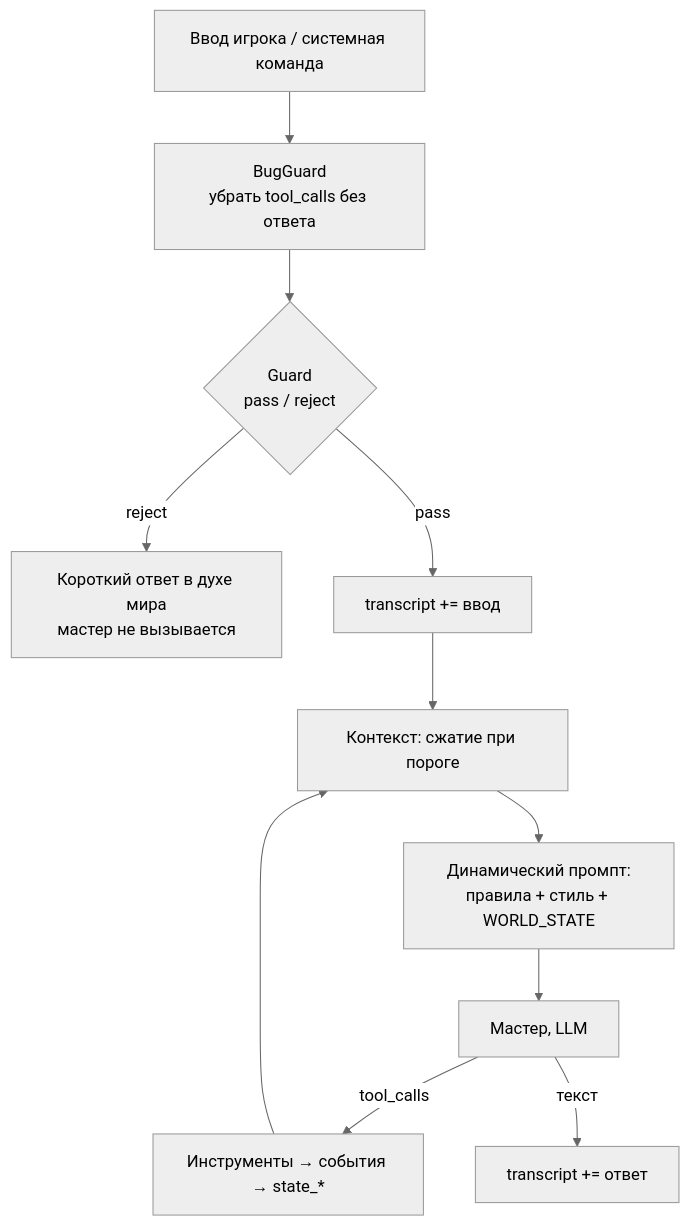
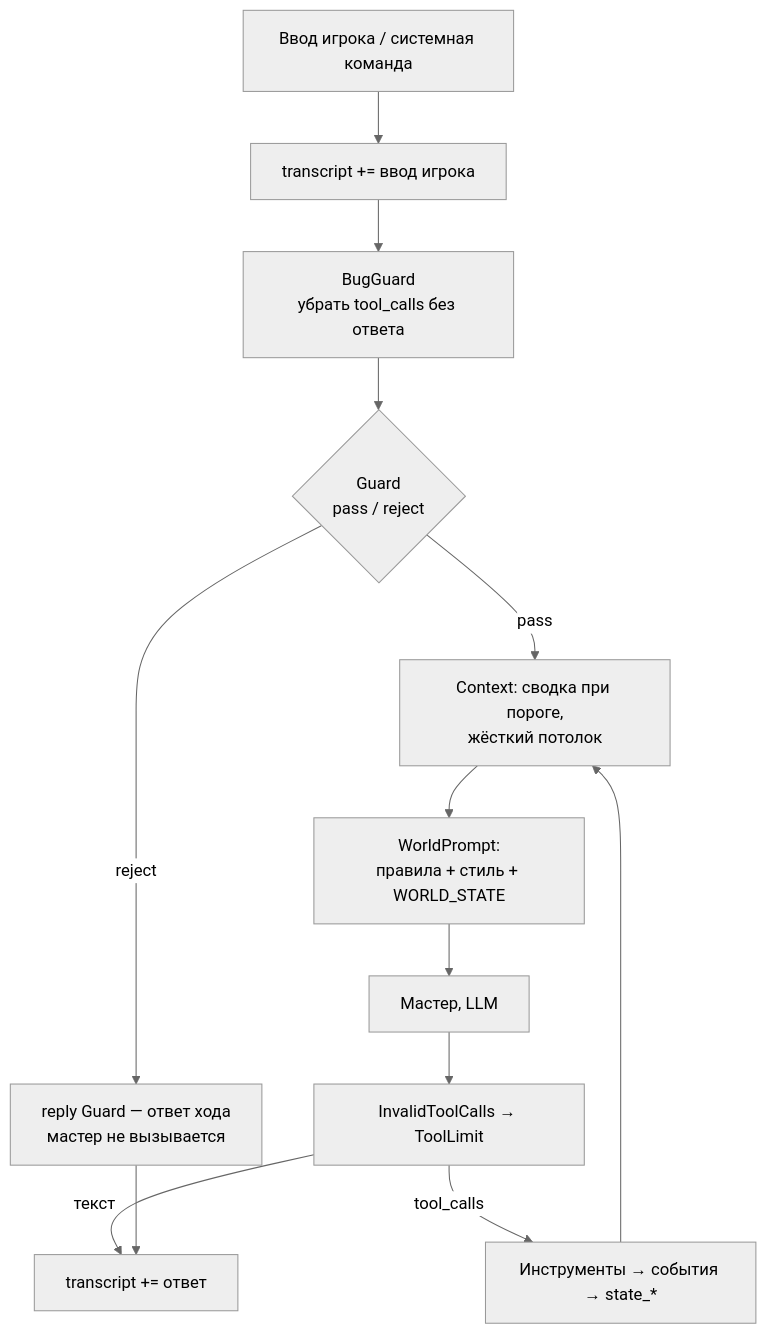
One commit to Bataevk/QuipQuill changed the first of 2 diagrams in docs/architecture/agent.md. Above: the diagram before and after it, drawn with Mermaid (neutral theme). The commit also changed other lines of this file and 20 other files, not shown here.

````diff
--- a/docs/architecture/agent.md
+++ b/docs/architecture/agent.md
@@ -7,13 +7,15 @@
 ```mermaid
 graph TD
-  IN[Ввод игрока / системная команда] --> BG[BugGuard<br/>убрать tool_calls без ответа]
+  IN[Ввод игрока / системная команда] --> TRI[transcript += ввод игрока]
+  TRI --> BG[BugGuard<br/>убрать tool_calls без ответа]
   BG --> GU{Guard<br/>pass / reject}
-  GU -->|reject| RJ[Короткий ответ в духе мира<br/>мастер не вызывается]
-  GU -->|pass| TR[transcript += ввод]
-  TR --> CM[Контекст: сжатие при пороге]
-  CM --> DP[Динамический промпт:<br/>правила + стиль + WORLD_STATE]
+  GU -->|reject| RJ[reply Guard — ответ хода<br/>мастер не вызывается]
+  GU -->|pass| CM[Context: сводка при пороге,<br/>жёсткий потолок]
+  CM --> DP[WorldPrompt:<br/>правила + стиль + WORLD_STATE]
   DP --> GM[Мастер, LLM]
-  GM -->|tool_calls| TL[Инструменты → события → state_*]
+  GM --> AM[InvalidToolCalls → ToolLimit]
+  AM -->|tool_calls| TL[Инструменты → события → state_*]
   TL --> CM
-  GM -->|текст| OUT[transcript += ответ]
+  AM -->|текст| OUT[transcript += ответ]
+  RJ --> OUT
 ```
````
